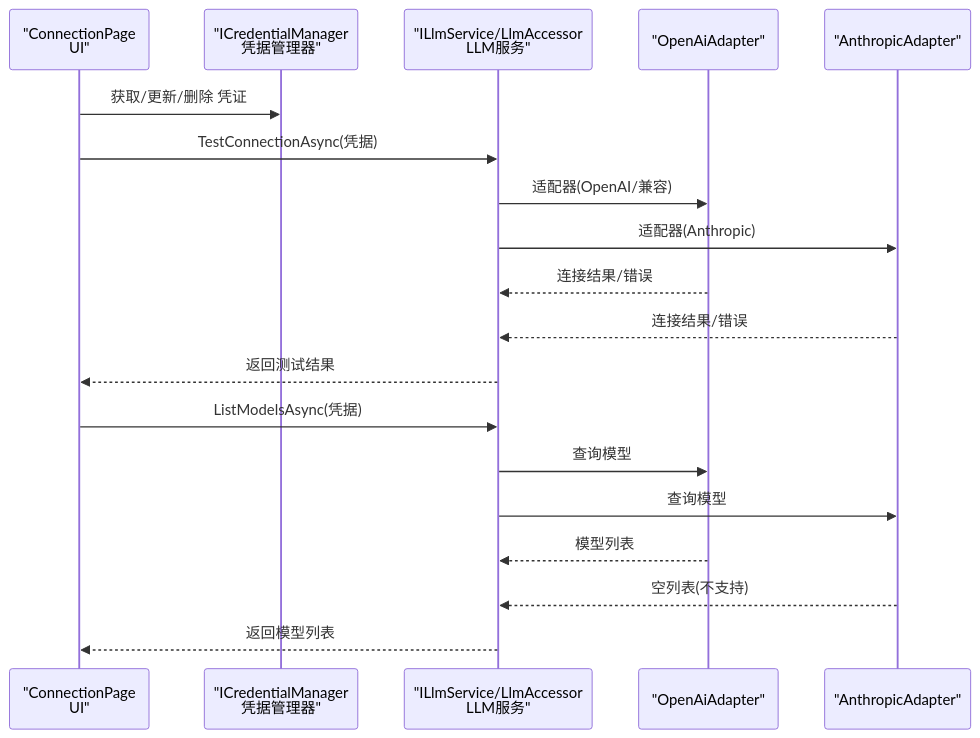
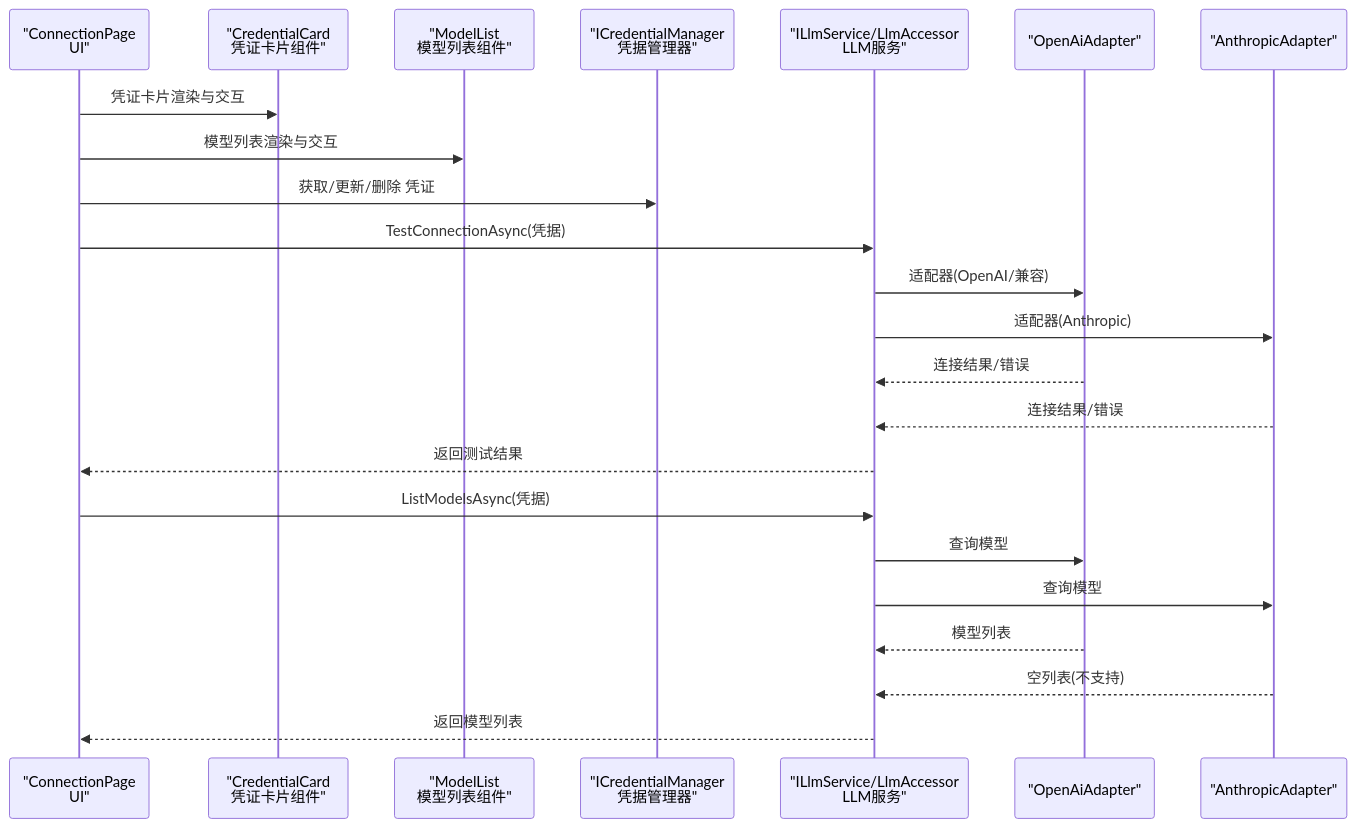
One commit to suzvka/RimLife changed the second of 10 diagrams in .qoder/repowiki/zh/content/用户界面系统/连接配置页面.md. Above: the diagram before and after it, drawn with Mermaid. The commit also changed other lines of this file and 19 other files, not shown here.

````diff
--- a/.qoder/repowiki/zh/content/用户界面系统/连接配置页面.md
+++ b/.qoder/repowiki/zh/content/用户界面系统/连接配置页面.md
@@ -107,21 +130,25 @@
 ```mermaid
 sequenceDiagram
 participant UI as "ConnectionPage<br/>UI"
+participant CC as "CredentialCard<br/>凭证卡片组件"
+participant ML as "ModelList<br/>模型列表组件"
 participant CM as "ICredentialManager<br/>凭据管理器"
 participant LS as "ILlmService/LlmAccessor<br/>LLM服务"
 participant OA as "OpenAiAdapter"
 participant AA as "AnthropicAdapter"
+UI->>CC : 凭证卡片渲染与交互
+UI->>ML : 模型列表渲染与交互
 UI->>CM : 获取/更新/删除 凭证
 UI->>LS : TestConnectionAsync(凭据)
 LS->>OA : 适配器(OpenAI/兼容)
 LS->>AA : 适配器(Anthropic)
 OA-->>LS : 连接结果/错误
 AA-->>LS : 连接结果/错误
 LS-->>UI : 返回测试结果
 UI->>LS : ListModelsAsync(凭据)
 LS->>OA : 查询模型
 LS->>AA : 查询模型
 OA-->>LS : 模型列表
 AA-->>LS : 空列表(不支持)
 LS-->>UI : 返回模型列表
 ```
````
